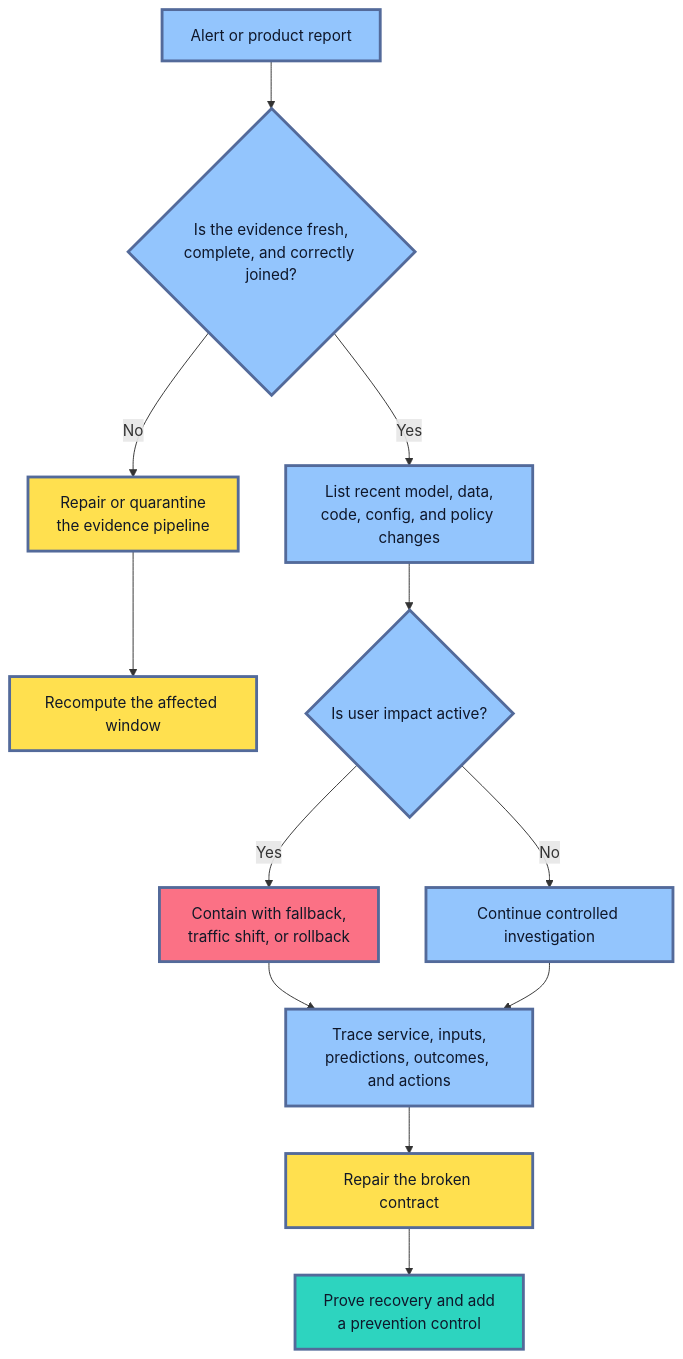
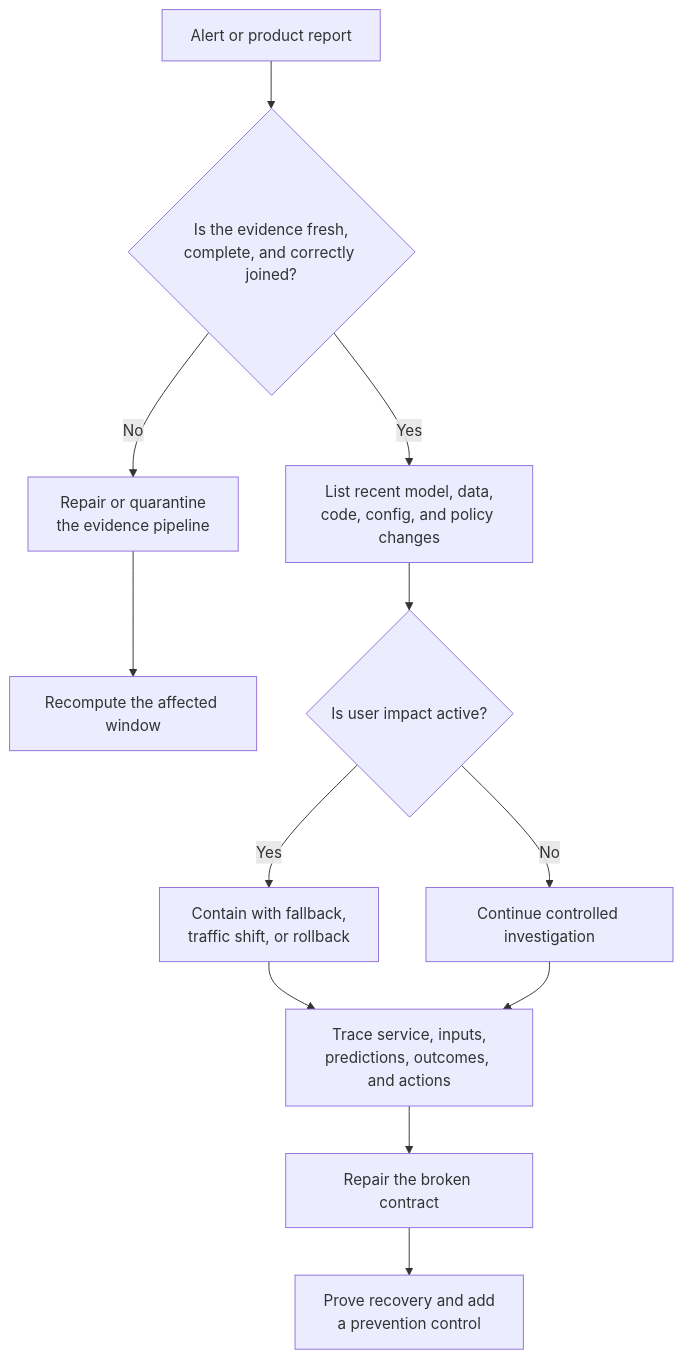
Before and after one commit to senlinyy/dev-roadmaps: the second of 7 diagrams in roadmaps/mlops/modules/mlops-foundations/teams-and-workflow/03-common-mlops-failure-modes.md, drawn with Mermaid. The commit also changed other lines of this file and 152 other files, not shown here.

Commit message:
feat: mlops and diagrams updated

````diff
--- a/roadmaps/mlops/modules/mlops-foundations/teams-and-workflow/03-common-mlops-failure-modes.md
+++ b/roadmaps/mlops/modules/mlops-foundations/teams-and-workflow/03-common-mlops-failure-modes.md
@@ -93,23 +88,19 @@
 ```mermaid
 flowchart TD
     A["Alert or product report"] --> B{"Is the evidence fresh,<br/>complete, and correctly joined?"}
     B -- "No" --> C["Repair or quarantine<br/>the evidence pipeline"]
     C --> D["Recompute the affected window"]
     B -- "Yes" --> E["List recent model, data,<br/>code, config, and policy changes"]
     E --> F{"Is user impact active?"}
     F -- "Yes" --> G["Contain with fallback,<br/>traffic shift, or rollback"]
     F -- "No" --> H["Continue controlled investigation"]
     G --> I["Trace service, inputs,<br/>predictions, outcomes, and actions"]
     H --> I
     I --> J["Repair the broken contract"]
     J --> K["Prove recovery and add<br/>a prevention control"]
 
-    classDef inspect fill:#93C5FD,stroke:#536A9A,stroke-width:3px,color:#0F172A
-    classDef stop fill:#FB7185,stroke:#536A9A,stroke-width:3px,color:#111827
-    classDef repair fill:#FFE04F,stroke:#536A9A,stroke-width:3px,color:#111827
-    classDef verify fill:#2DD4BF,stroke:#536A9A,stroke-width:3px,color:#0F172A
     class A,B,E,F,H,I inspect
     class G stop
     class C,D,J repair
     class K verify
 ```
````
